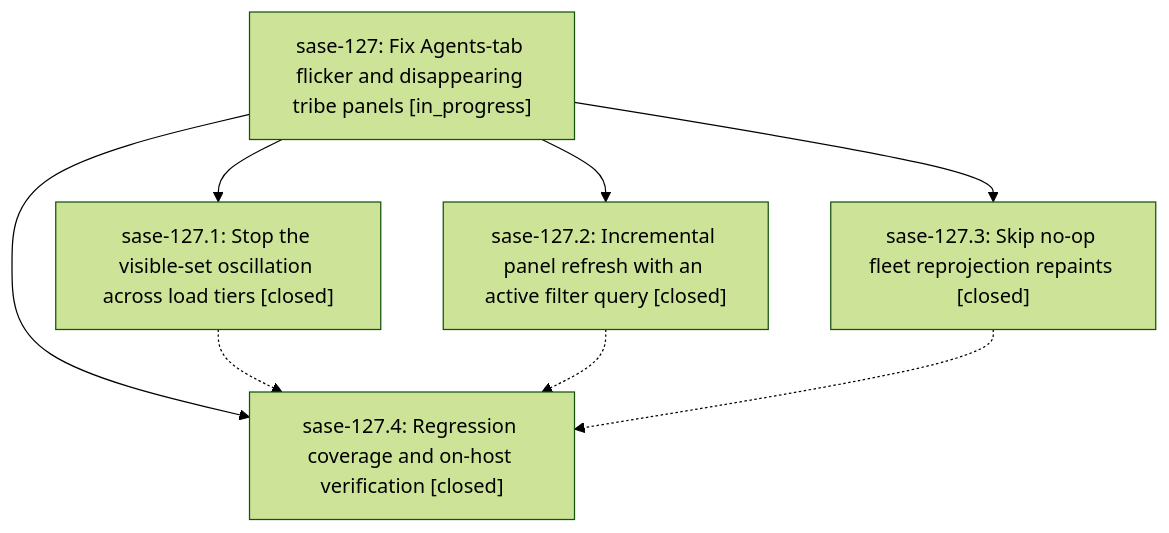
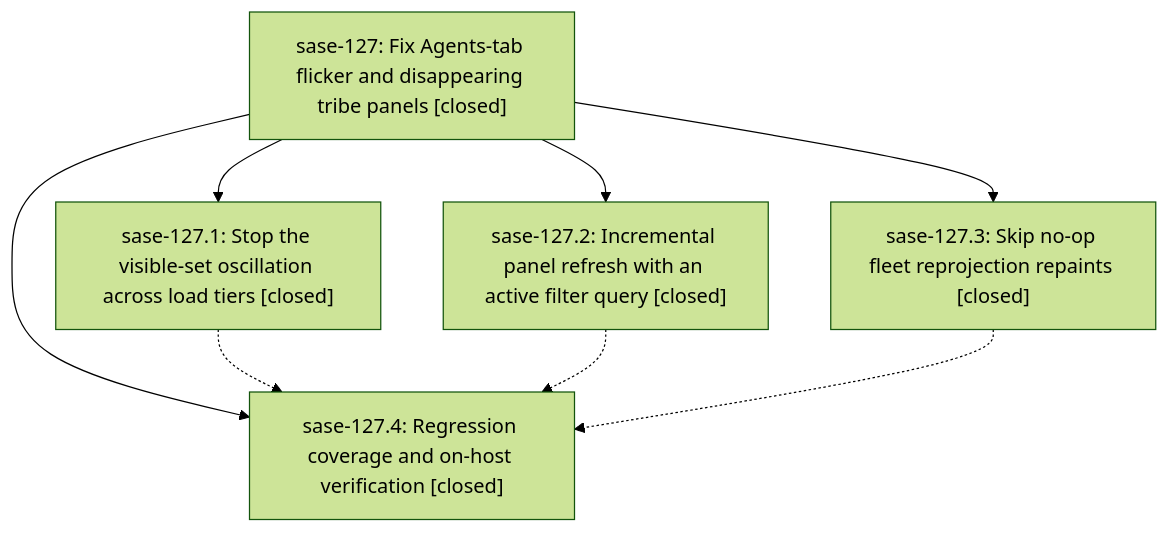
One commit to sase-org/sase--beads changed the diagram in pages/sase-127/README.md. Above: the diagram before and after it, drawn with Mermaid (forest theme). The commit also changed other lines of this file, not shown here.

First line of the commit message:
chore(beads): sync bead state and pages for sase-127

````diff
--- a/pages/sase-127/README.md
+++ b/pages/sase-127/README.md
@@ -25,15 +29,15 @@
 ```mermaid
 flowchart TD
-    n0["sase-127: Fix Agents-tab flicker and disappearing tribe panels [in_progress]"]
+    n0["sase-127: Fix Agents-tab flicker and disappearing tribe panels [closed]"]
     n1["sase-127.1: Stop the visible-set oscillation across load tiers [closed]"]
     n2["sase-127.2: Incremental panel refresh with an active filter query [closed]"]
     n3["sase-127.3: Skip no-op fleet reprojection repaints [closed]"]
     n4["sase-127.4: Regression coverage and on-host verification [closed]"]
     n0 --> n1
     n0 --> n2
     n0 --> n3
     n0 --> n4
     n1 -.-> n4
     n2 -.-> n4
     n3 -.-> n4
 ```
````
